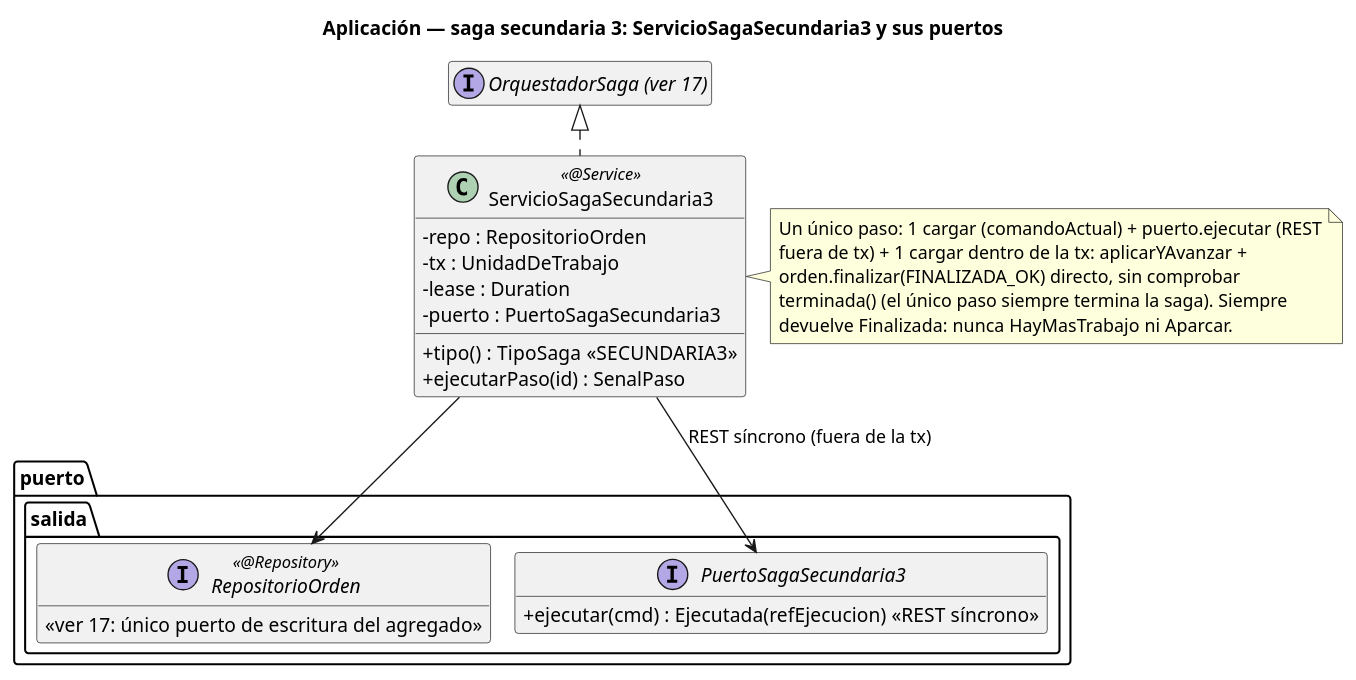
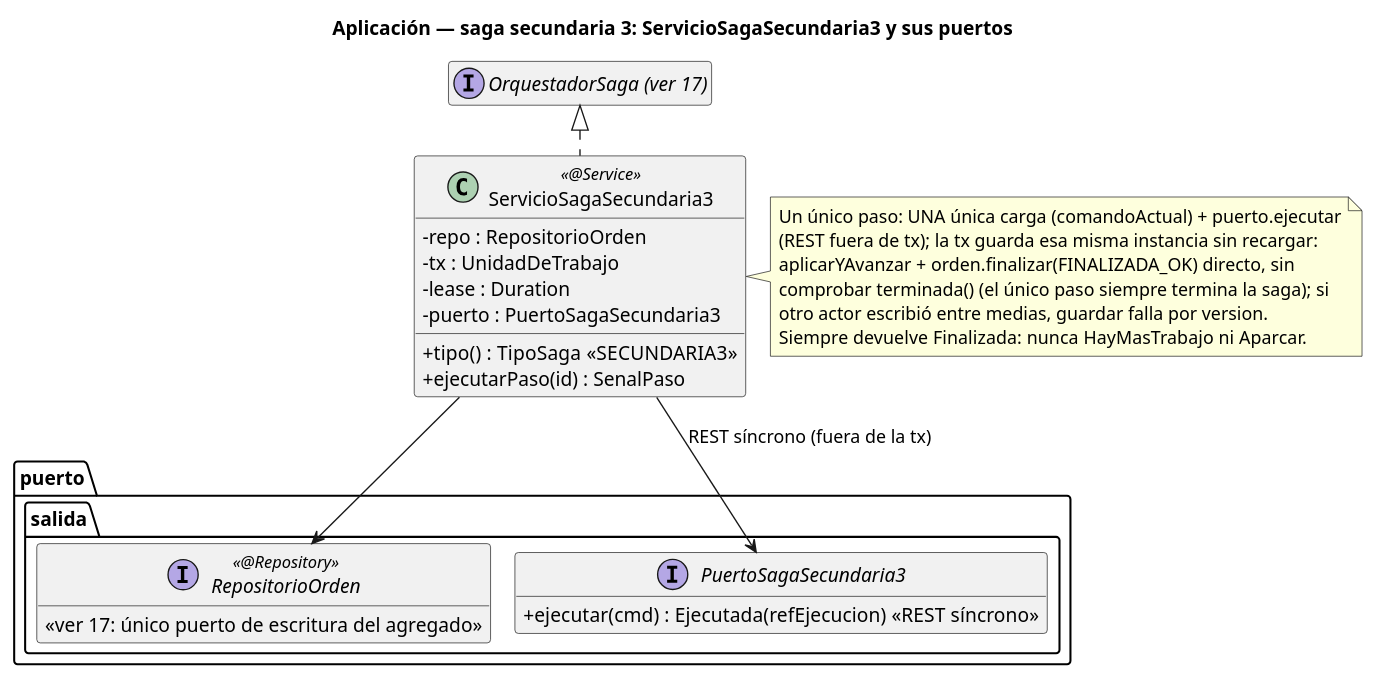
Before and after one commit to ralcazar/patrones: the diagram in order-manager/docs/21-clases-aplicacion-saga-secundaria3.puml, drawn with PlantUML. The commit also changed 27 other files, not shown here.

First line of the commit message:
Takeover seguro real: una única carga por paso, sin recarga dentro de la tx

```diff
--- a/order-manager/docs/21-clases-aplicacion-saga-secundaria3.puml
+++ b/order-manager/docs/21-clases-aplicacion-saga-secundaria3.puml
@@ -1,37 +1,38 @@
 @startuml 21-clases-aplicacion-saga-secundaria3
 title Aplicación — saga secundaria 3: ServicioSagaSecundaria3 y sus puertos
 !pragma layout smetana
 hide empty members
 skinparam classAttributeIconSize 0
 
 interface "OrquestadorSaga (ver 17)" as Base
 
 class ServicioSagaSecundaria3 <<@Service>> {
   -repo : RepositorioOrden
   -tx : UnidadDeTrabajo
   -lease : Duration
   -puerto : PuertoSagaSecundaria3
   +tipo() : TipoSaga  «SECUNDARIA3»
   +ejecutarPaso(id) : SenalPaso
 }
 note right of ServicioSagaSecundaria3
-  Un único paso: 1 cargar (comandoActual) + puerto.ejecutar (REST
-  fuera de tx) + 1 cargar dentro de la tx: aplicarYAvanzar +
-  orden.finalizar(FINALIZADA_OK) directo, sin comprobar
-  terminada() (el único paso siempre termina la saga). Siempre
-  devuelve Finalizada: nunca HayMasTrabajo ni Aparcar.
+  Un único paso: UNA única carga (comandoActual) + puerto.ejecutar
+  (REST fuera de tx); la tx guarda esa misma instancia sin recargar:
+  aplicarYAvanzar + orden.finalizar(FINALIZADA_OK) directo, sin
+  comprobar terminada() (el único paso siempre termina la saga); si
+  otro actor escribió entre medias, guardar falla por version.
+  Siempre devuelve Finalizada: nunca HayMasTrabajo ni Aparcar.
 end note
 
 package "puerto.salida" {
   interface RepositorioOrden <<@Repository>> {
     «ver 17: único puerto de escritura del agregado»
   }
   interface PuertoSagaSecundaria3 {
     +ejecutar(cmd) : Ejecutada(refEjecucion)  «REST síncrono»
   }
 }
 
 Base <|.. ServicioSagaSecundaria3
 ServicioSagaSecundaria3 --> RepositorioOrden
 ServicioSagaSecundaria3 --> PuertoSagaSecundaria3 : REST síncrono (fuera de la tx)
 @enduml
```
